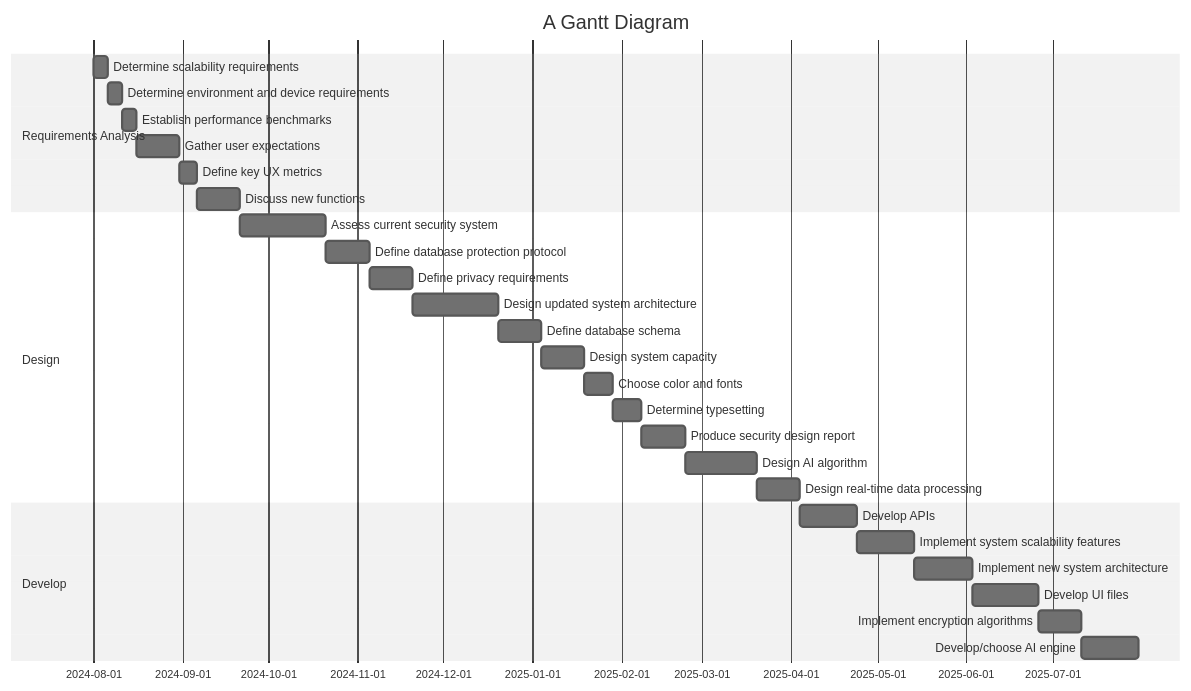
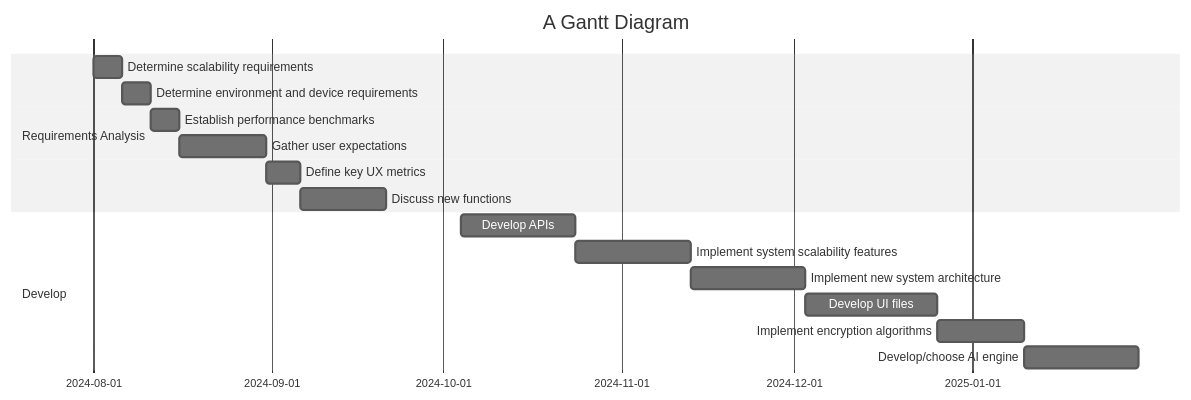
Before and after one commit to sayshelley/iodraw-files: the diagram in all/Untitled.md, drawn with Mermaid (neutral theme).

Commit message:
2024-10-04 23:39:34 update

````diff
--- a/all/Untitled.md
+++ b/all/Untitled.md
@@ -1,37 +1,27 @@
 ```mermaid
 gantt
     title A Gantt Diagram
     dateFormat  YYYY-MM-DD
     section Requirements Analysis
     Determine scalability requirements :a1, 2024-08-01, 5d
     Determine environment and device requirements :a2, after a1, 5d
     Establish performance benchmarks: a3, after a2, 5d
     Gather user expectations: a4, after a3, 15d
     Define key UX metrics : a5, after a4, 6d
     Discuss new functions: a6, after a5, 15d
     section Design
-    Assess current security system:b1, after a6, 30d
-    Define database protection protocol: b2, after b1, 15d
-    Define privacy requirements: b3, after b2, 15d
-    Design updated system architecture: b4, after b3, 30d
-    Define database schema: b5, after b4, 15d
-    Design system capacity: b6, after b5, 15d
-    Choose color and fonts: b7, after b6, 10d
-    Determine typesetting: b8, after b7, 10d
-    Produce security design report: b9, after b8, 15d
-    Design AI algorithm: b10, after b9, 25d
-    Design real-time data processing: b11, after b10, 15d
+
     section Develop
     Develop APIs: c1, after b11, 20d
     Implement system scalability features: c2, after c1, 20d
     Implement new system architecture: c3, after c2, 20d
     Develop UI files: c4, after c3, 23d
     Implement encryption algorithms: c5, after c4, 15d
     Develop/choose AI engine: c6, after c5, 20d
     
 
     
 
 
    
 ```
````
